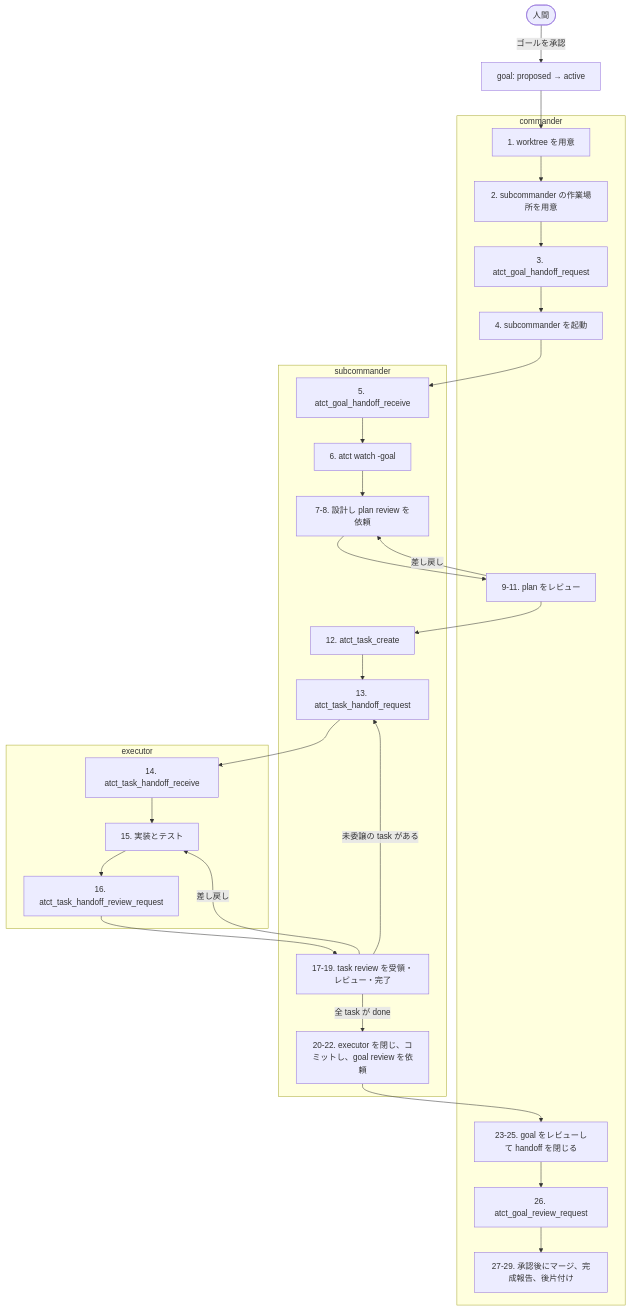
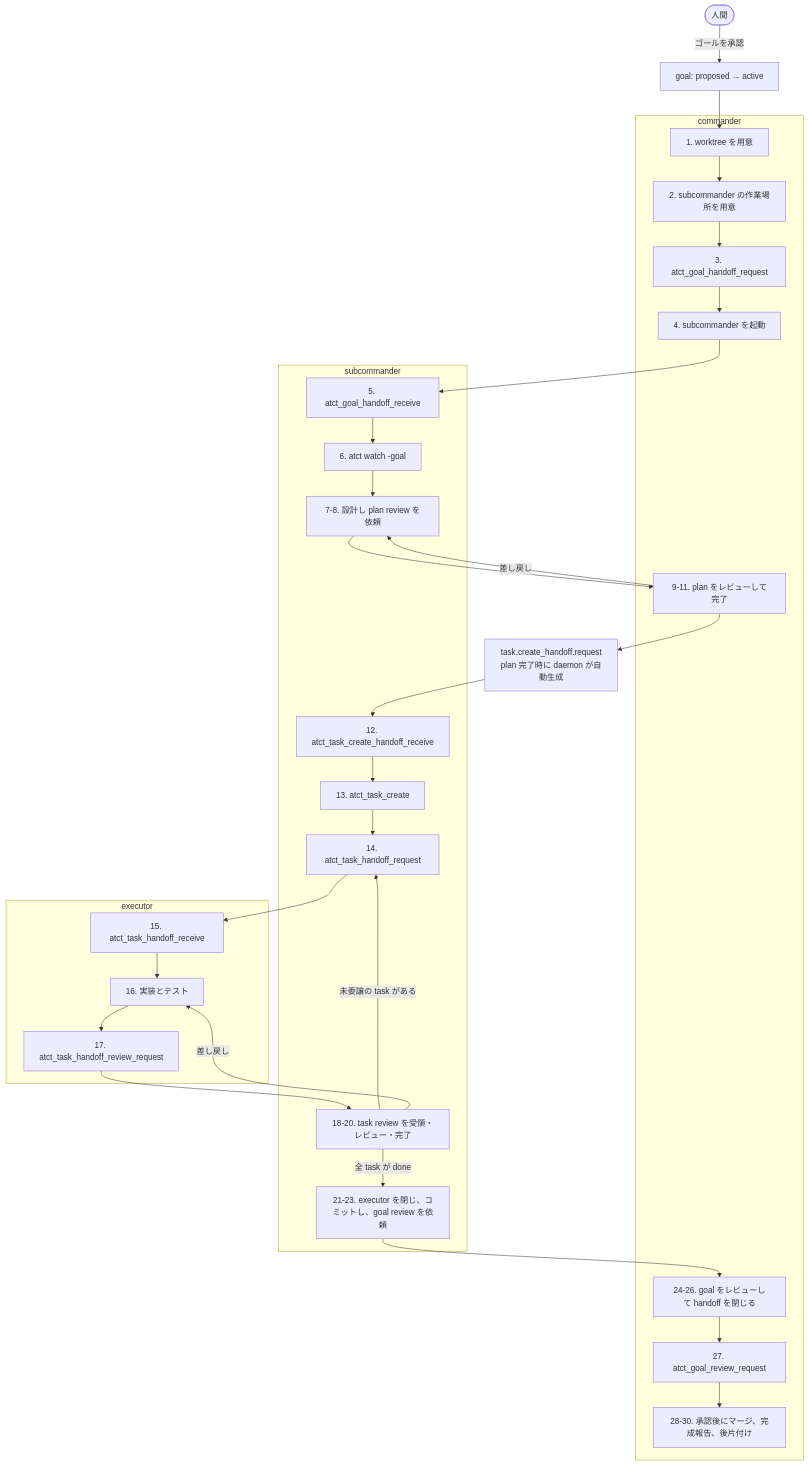
The diagram in doc/execution-flow.md (michiomochi/atct), drawn with Mermaid before and after one commit. The commit also changed other lines of this file, not shown here.

Commit message:
docs: describe task-create handoff flow

````diff
--- a/doc/execution-flow.md
+++ b/doc/execution-flow.md
@@ -77,37 +84,39 @@
 ```mermaid
 flowchart TD
     H([人間]) -->|ゴールを承認| G[goal: proposed → active]
 
     subgraph C[commander]
         C1[1. worktree を用意]
         C2[2. subcommander の作業場所を用意]
         C3[3. atct_goal_handoff_request]
         C4[4. subcommander を起動]
-        C5[9-11. plan をレビュー]
-        C6[23-25. goal をレビューして handoff を閉じる]
-        C7[26. atct_goal_review_request]
-        C8[27-29. 承認後にマージ、完成報告、後片付け]
+        C5[9-11. plan をレビューして完了]
+        C6[24-26. goal をレビューして handoff を閉じる]
+        C7[27. atct_goal_review_request]
+        C8[28-30. 承認後にマージ、完成報告、後片付け]
     end
 
     subgraph S[subcommander]
         S1[5. atct_goal_handoff_receive]
         S2[6. atct watch -goal]
         S3[7-8. 設計し plan review を依頼]
-        S4[12. atct_task_create]
-        S5[13. atct_task_handoff_request]
-        S6[17-19. task review を受領・レビュー・完了]
-        S7[20-22. executor を閉じ、コミットし、goal review を依頼]
+        S4[12. atct_task_create_handoff_receive]
+        S5[13. atct_task_create]
+        S6[14. atct_task_handoff_request]
+        S7[18-20. task review を受領・レビュー・完了]
+        S8[21-23. executor を閉じ、コミットし、goal review を依頼]
     end
 
     subgraph E[executor]
-        E1[14. atct_task_handoff_receive]
-        E2[15. 実装とテスト]
-        E3[16. atct_task_handoff_review_request]
+        E1[15. atct_task_handoff_receive]
+        E2[16. 実装とテスト]
+        E3[17. atct_task_handoff_review_request]
     end
 
-    G --> C1 --> C2 --> C3 --> C4 --> S1 --> S2 --> S3 --> C5 --> S4 --> S5 --> E1 --> E2 --> E3 --> S6
-    S6 -->|未委譲の task がある| S5
-    S6 -->|全 task が done| S7 --> C6 --> C7 --> C8
+    TC[task.create_handoff.request<br/>plan 完了時に daemon が自動生成]
+    G --> C1 --> C2 --> C3 --> C4 --> S1 --> S2 --> S3 --> C5 --> TC --> S4 --> S5 --> S6 --> E1 --> E2 --> E3 --> S7
+    S7 -->|未委譲の task がある| S6
+    S7 -->|全 task が done| S8 --> C6 --> C7 --> C8
     C5 -->|差し戻し| S3
-    S6 -->|差し戻し| E2
+    S7 -->|差し戻し| E2
 ```
````
